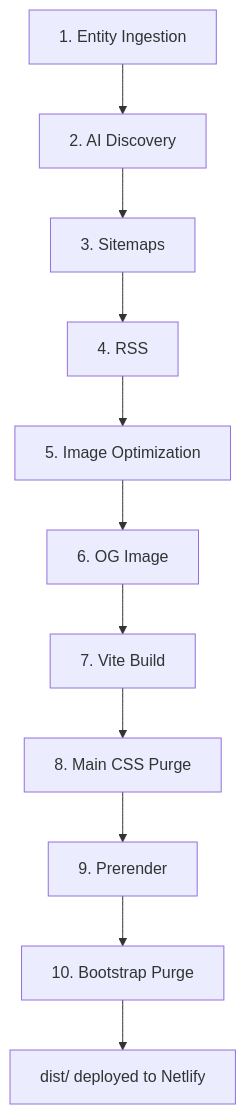
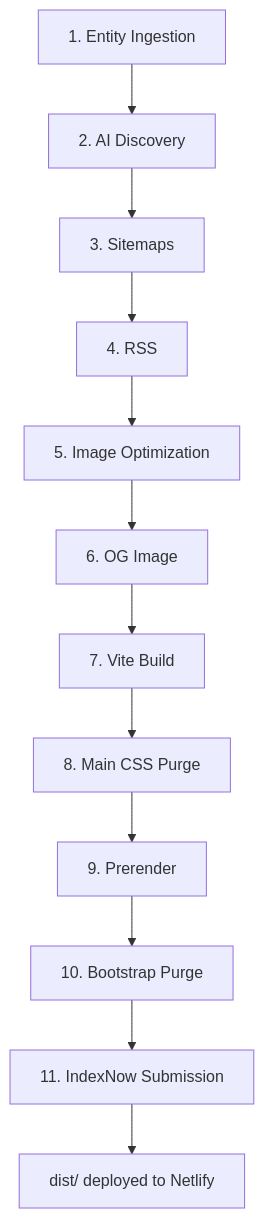
The diagram in .wiki/build/Build-Pipeline.md (360ghar/360ghar-web-ui), drawn with Mermaid before and after one commit. The commit also changed other lines of this file and 8 other files, not shown here.

Commit message:
feat: add IndexNow submission pipeline and update build/docs

````diff
--- a/.wiki/build/Build-Pipeline.md
+++ b/.wiki/build/Build-Pipeline.md
@@ -130,13 +142,14 @@
 ```mermaid
 flowchart TD
     S1[1. Entity Ingestion] --> S2[2. AI Discovery]
     S2 --> S3[3. Sitemaps]
     S3 --> S4[4. RSS]
     S4 --> S5[5. Image Optimization]
     S5 --> S6[6. OG Image]
     S6 --> S7[7. Vite Build]
     S7 --> S8[8. Main CSS Purge]
     S8 --> S9[9. Prerender]
     S9 --> S10[10. Bootstrap Purge]
-    S10 --> Dist[dist/ deployed to Netlify]
+    S10 --> S11[11. IndexNow Submission]
+    S11 --> Dist[dist/ deployed to Netlify]
 ```
````
